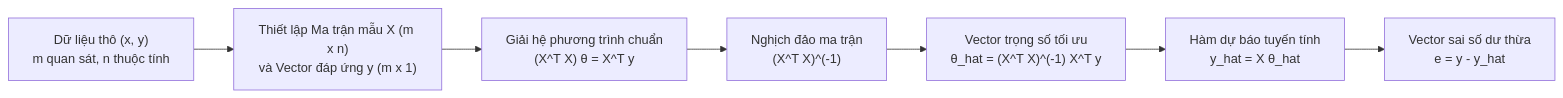
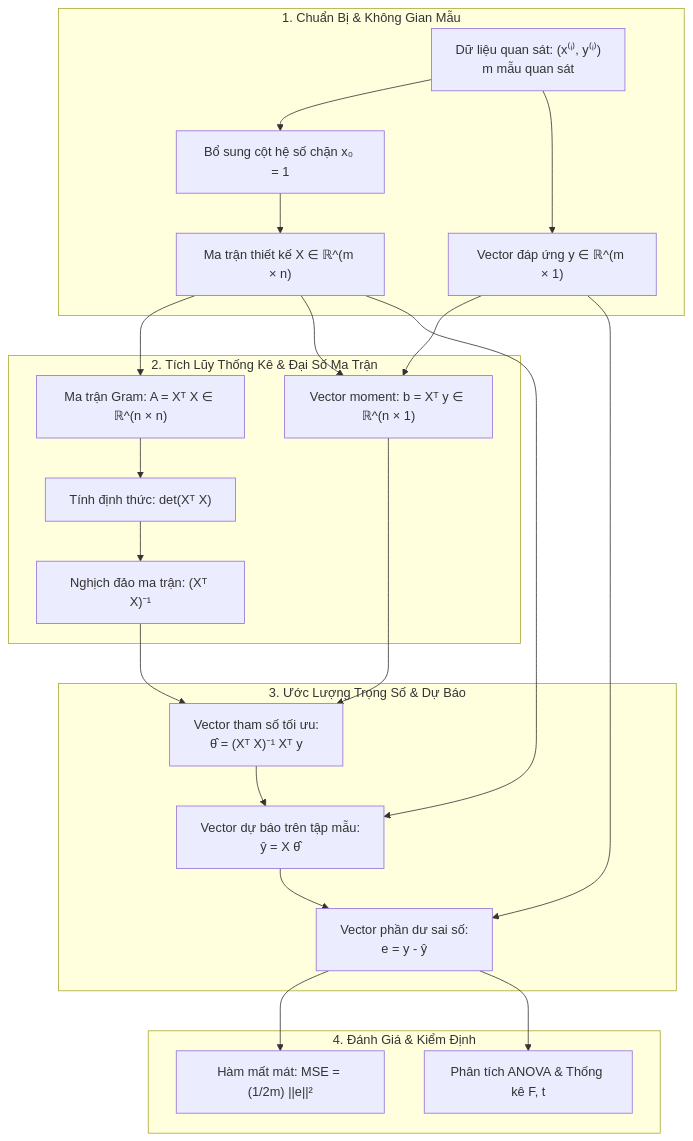
Before and after one commit to snowflake-vibing/KnowledgeLibrary: the first of 2 diagrams in HMTK/tutorial/01_hoi_quy_tuyen_tinh_va_phuong_phap_lsm/ly_thuyet.md, drawn with Mermaid. The commit also changed other lines of this file, not shown here.

Commit message:
style(hmtk): enhance formatting, TOC, GitHub alerts and diagrams for module 01 theory

````diff
--- a/HMTK/tutorial/01_hoi_quy_tuyen_tinh_va_phuong_phap_lsm/ly_thuyet.md
+++ b/HMTK/tutorial/01_hoi_quy_tuyen_tinh_va_phuong_phap_lsm/ly_thuyet.md
@@ -15,9 +60,40 @@
 ```mermaid
-flowchart LR
-    Data["Dữ liệu thô (x, y)<br/>m quan sát, n thuộc tính"] --> Matrix["Thiết lập Ma trận mẫu X (m x n)<br/>và Vector đáp ứng y (m x 1)"]
-    Matrix --> Normal["Giải hệ phương trình chuẩn<br/>(X^T X) θ = X^T y"]
-    Normal --> Inverse["Nghịch đảo ma trận<br/>(X^T X)^(-1)"]
-    Inverse --> Weights["Vector trọng số tối ưu<br/>θ_hat = (X^T X)^(-1) X^T y"]
-    Weights --> Predict["Hàm dự báo tuyến tính<br/>y_hat = X θ_hat"]
-    Predict --> Residual["Vector sai số dư thừa<br/>e = y - y_hat"]
+flowchart TD
+    subgraph Data_Preparation["1. Chuẩn Bị & Không Gian Mẫu"]
+        Raw["Dữ liệu quan sát: (x⁽ⁱ⁾, y⁽ⁱ⁾)<br/>m mẫu quan sát"]
+        Bias["Bổ sung cột hệ số chặn x₀ = 1"]
+        Matrix_X["Ma trận thiết kế X ∈ ℝ^(m × n)"]
+        Vector_y["Vector đáp ứng y ∈ ℝ^(m × 1)"]
+        Raw --> Bias --> Matrix_X
+        Raw --> Vector_y
+    end
+
+    subgraph Matrix_Operations["2. Tích Lũy Thống Kê & Đại Số Ma Trận"]
+        Gram["Ma trận Gram: A = Xᵀ X ∈ ℝ^(n × n)"]
+        Moments["Vector moment: b = Xᵀ y ∈ ℝ^(n × 1)"]
+        Det["Tính định thức: det(Xᵀ X)"]
+        Inv["Nghịch đảo ma trận: (Xᵀ X)⁻¹"]
+        Matrix_X --> Gram & Moments
+        Vector_y --> Moments
+        Gram --> Det --> Inv
+    end
+
+    subgraph Model_Solution["3. Ước Lượng Trọng Số & Dự Báo"]
+        Theta["Vector tham số tối ưu:<br/>θ̂ = (Xᵀ X)⁻¹ Xᵀ y"]
+        Predict["Vector dự báo trên tập mẫu:<br/>ŷ = X θ̂"]
+        Residual["Vector phần dư sai số:<br/>e = y - ŷ"]
+        Inv --> Theta
+        Moments --> Theta
+        Theta --> Predict
+        Matrix_X --> Predict
+        Vector_y --> Residual
+        Predict --> Residual
+    end
+
+    subgraph Evaluation["4. Đánh Giá & Kiểm Định"]
+        Loss["Hàm mất mát: MSE = (1/2m) ||e||²"]
+        ANOVA["Phân tích ANOVA & Thống kê F, t"]
+        Residual --> Loss
+        Residual --> ANOVA
+    end
 ```
````
